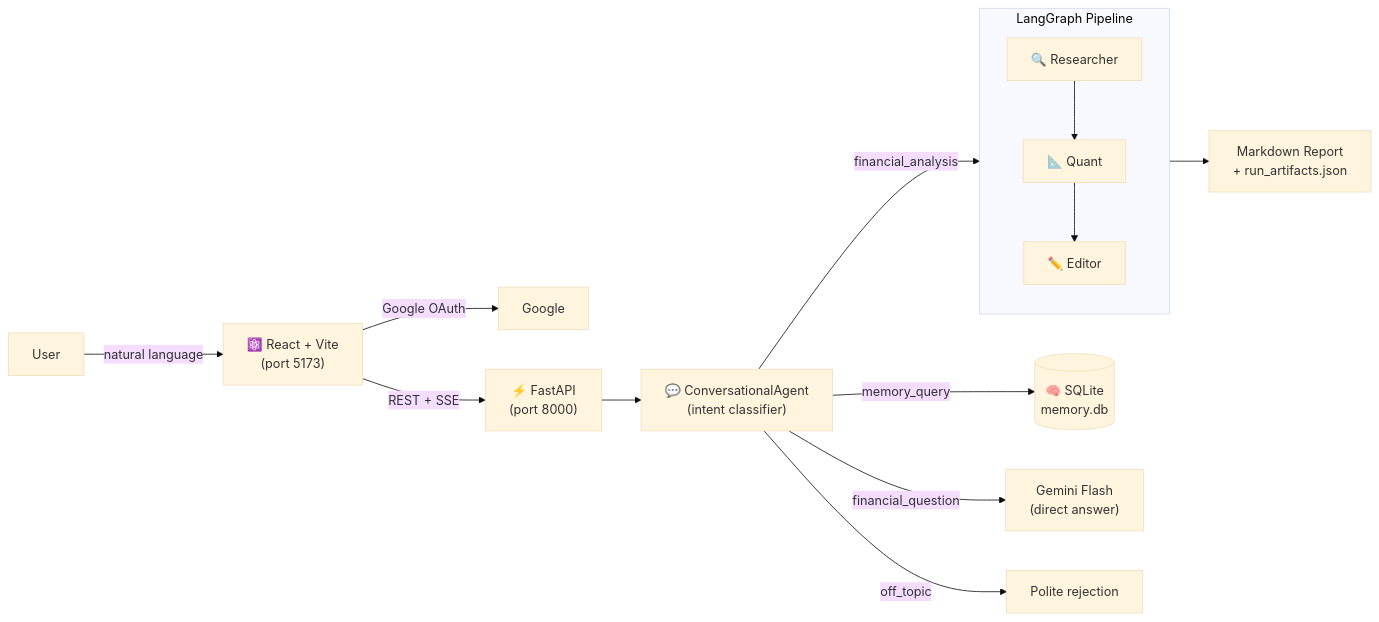
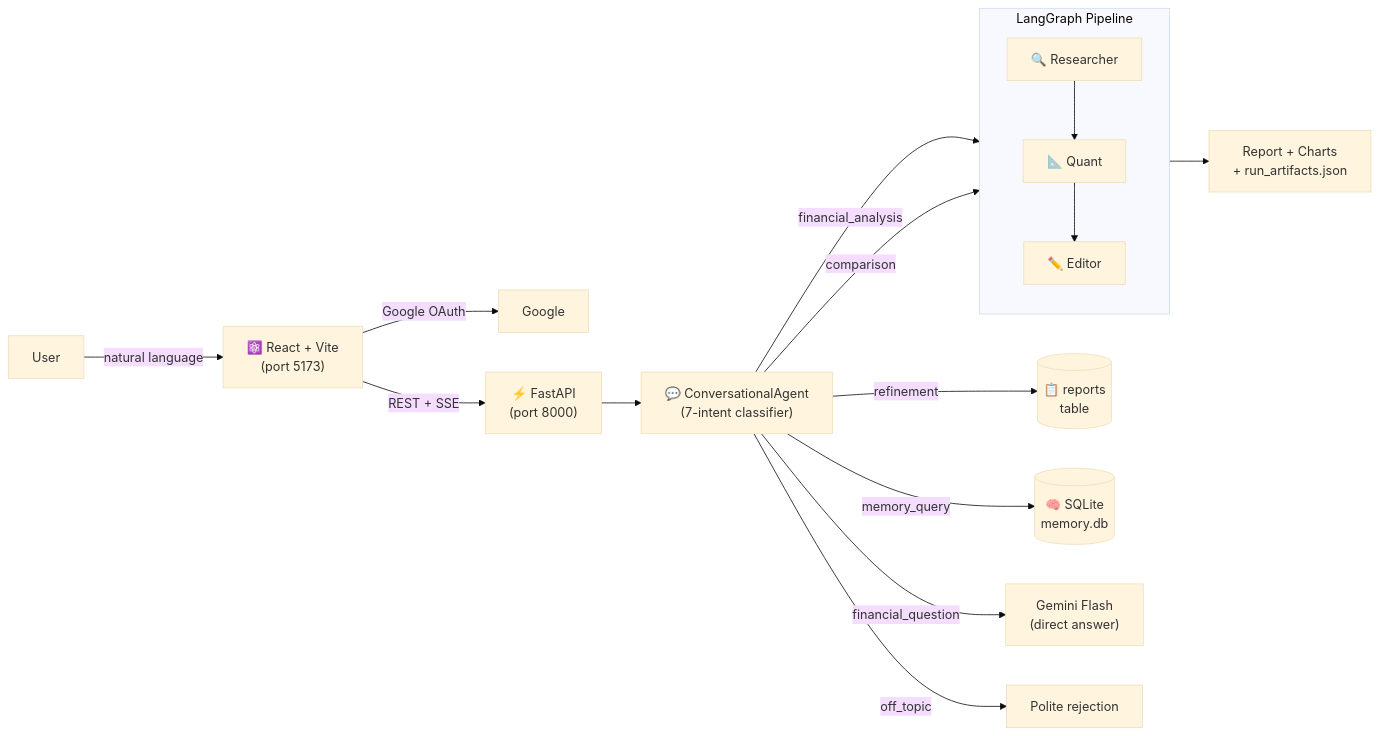
Before and after one commit to MTawhid7/ai-financial-analysis-agent: the diagram in README.md, drawn with Mermaid (base theme). The commit also changed other lines of this file and 7 other files, not shown here.

````diff
--- a/README.md
+++ b/README.md
@@ -19,18 +33,20 @@
 ```mermaid
 flowchart LR
     User -->|natural language| React["⚛️ React + Vite\n(port 5173)"]
     React -->|Google OAuth| Google[Google]
     React -->|REST + SSE| API["⚡ FastAPI\n(port 8000)"]
-    API --> CA["💬 ConversationalAgent\n(intent classifier)"]
+    API --> CA["💬 ConversationalAgent\n(7-intent classifier)"]
 
     CA -->|financial_analysis| Pipeline
-    CA -->|memory_query| Memory[("🧠 SQLite\nmemory.db")]
+    CA -->|comparison| Pipeline
+    CA -->|refinement| DB2[("📋 reports\ntable")]
+    CA -->|memory_query| DB[("🧠 SQLite\nmemory.db")]
     CA -->|financial_question| LLM["Gemini Flash\n(direct answer)"]
     CA -->|off_topic| Reject["Polite rejection"]
 
     subgraph Pipeline ["LangGraph Pipeline"]
         R["🔍 Researcher"] --> Q["📐 Quant"] --> E["✏️ Editor"]
     end
 
-    Pipeline --> Report["Markdown Report\n+ run_artifacts.json"]
+    Pipeline --> Report["Report + Charts\n+ run_artifacts.json"]
 ```
````
